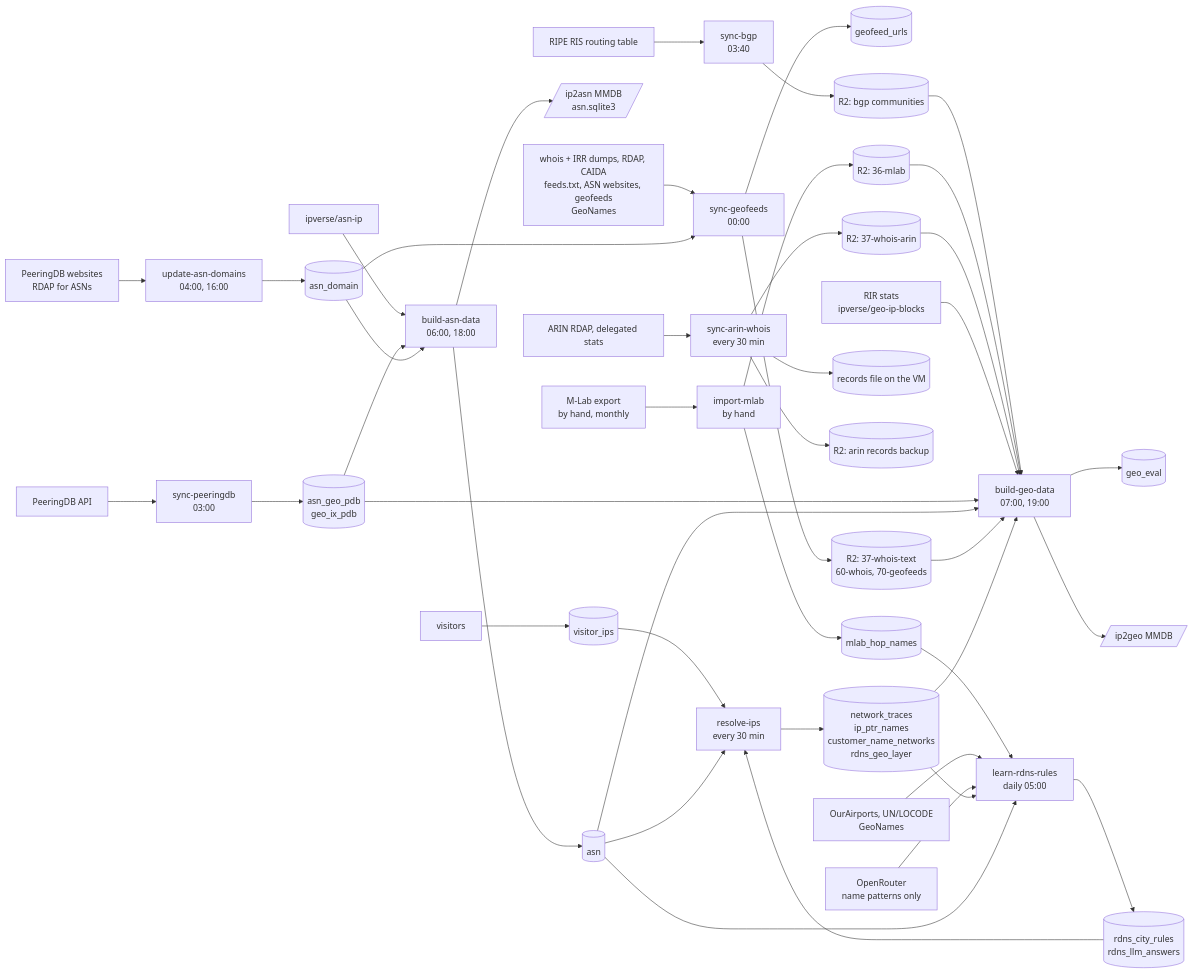
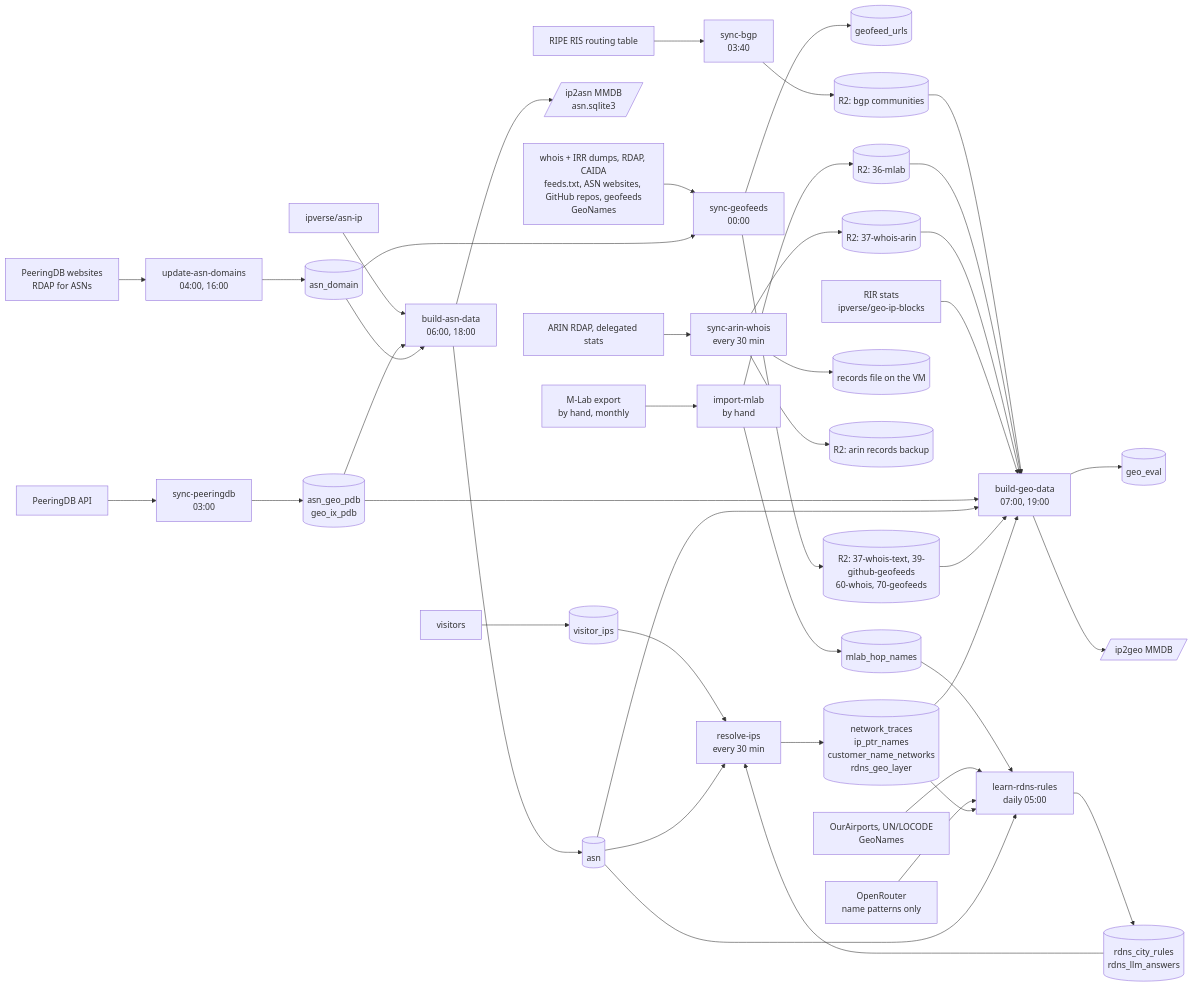
The diagram in docs/pipeline.md (shingrus/openipdata.org), drawn with Mermaid before and after one commit. The commit also changed other lines of this file and 21 other files, not shown here.

First line of the commit message:
geo: geofeed files in public GitHub repositories as layer 39-github-geofeeds

````diff
--- a/docs/pipeline.md
+++ b/docs/pipeline.md
@@ -9,46 +9,46 @@
 ```mermaid
 flowchart LR
   pdbapi[PeeringDB API] --> pdb[sync-peeringdb<br/>03:00]
   pdb --> t_pdb[(asn_geo_pdb<br/>geo_ix_pdb)]
   rdapasn[PeeringDB websites<br/>RDAP for ASNs] --> dom[update-asn-domains<br/>04:00, 16:00]
   dom --> t_dom[(asn_domain)]
   asnip[ipverse/asn-ip] --> asn[build-asn-data<br/>06:00, 18:00]
   t_pdb --> asn
   t_dom --> asn
   asn --> t_asn[(asn)]
   asn --> pub_asn[/ip2asn MMDB<br/>asn.sqlite3/]
-  whois[whois + IRR dumps, RDAP, CAIDA<br/>feeds.txt, ASN websites, geofeeds<br/>GeoNames] --> gf[sync-geofeeds<br/>00:00]
+  whois[whois + IRR dumps, RDAP, CAIDA<br/>feeds.txt, ASN websites, GitHub repos, geofeeds<br/>GeoNames] --> gf[sync-geofeeds<br/>00:00]
   t_dom --> gf
   gf --> t_gf[(geofeed_urls)]
-  gf --> r2[(R2: 37-whois-text<br/>60-whois, 70-geofeeds)]
+  gf --> r2[(R2: 37-whois-text, 39-github-geofeeds<br/>60-whois, 70-geofeeds)]
   ris[RIPE RIS routing table] --> bgp[sync-bgp<br/>03:40]
   bgp --> r2bgp[(R2: bgp communities)]
   r2bgp --> geo
   mlabcsv[M-Lab export<br/>by hand, monthly] --> ml[import-mlab<br/>by hand]
   ml --> t_ml[(mlab_hop_names)]
   ml --> r2ml[(R2: 36-mlab)]
   r2ml --> geo
   rdaparin[ARIN RDAP, delegated stats] --> arin[sync-arin-whois<br/>every 30 min]
   arin --> f_arin[(records file on the VM)]
   arin --> r2back[(R2: arin records backup)]
   arin --> r2arin[(R2: 37-whois-arin)]
   r2arin --> geo
   t_ml --> learn
   rir[RIR stats<br/>ipverse/geo-ip-blocks] --> geo[build-geo-data<br/>07:00, 19:00]
   t_pdb --> geo
   t_asn --> geo
   r2 --> geo
   geo --> t_eval[(geo_eval)]
   geo --> pub_geo[/ip2geo MMDB/]
   visitors[visitors] --> t_vis[(visitor_ips)]
   t_vis --> rd[resolve-ips<br/>every 30 min]
   t_asn --> rd
   rd --> t_rd[(network_traces<br/>ip_ptr_names<br/>customer_name_networks<br/>rdns_geo_layer)]
   t_rd --> geo
   places[OurAirports, UN/LOCODE<br/>GeoNames] --> learn[learn-rdns-rules<br/>daily 05:00]
   llm[OpenRouter<br/>name patterns only] --> learn
   t_rd --> learn
   t_asn --> learn
   learn --> t_rules[(rdns_city_rules<br/>rdns_llm_answers)]
   t_rules --> rd
 ```
````
